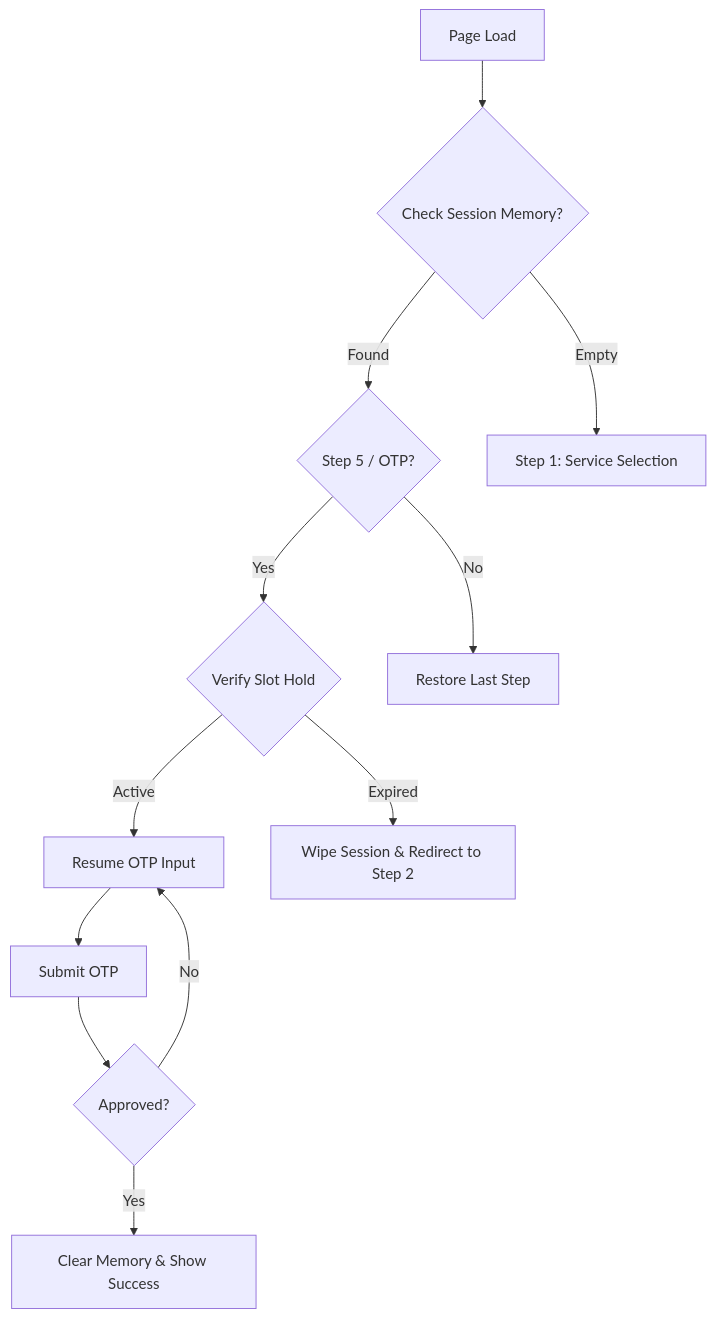
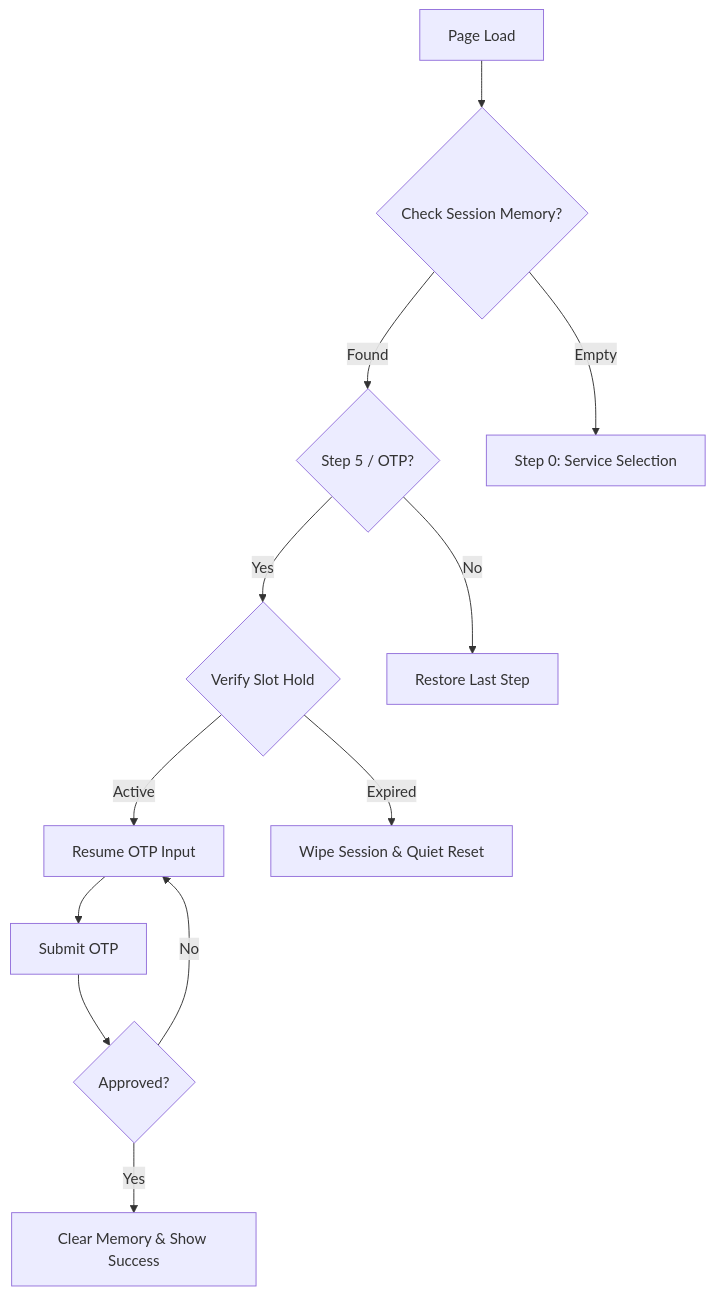
Before and after one commit to ChrstprJohn/SamsonDentalCenter: the diagram in TODO/POLISH_TASKS/USER-OTP-IMPROVEMENT.md, drawn with Mermaid. The commit also changed other lines of this file and 5 other files, not shown here.

````diff
--- a/TODO/POLISH_TASKS/USER-OTP-IMPROVEMENT.md
+++ b/TODO/POLISH_TASKS/USER-OTP-IMPROVEMENT.md
@@ -20,17 +18,17 @@
 ```mermaid
 graph TD
     A[Page Load] --> B{Check Session Memory?}
     B -- Found --> C{Step 5 / OTP?}
-    B -- Empty --> D[Step 1: Service Selection]
+    B -- Empty --> D[Step 0: Service Selection]
 
     C -- Yes --> E{Verify Slot Hold}
     C -- No --> F[Restore Last Step]
 
     E -- Active --> G[Resume OTP Input]
-    E -- Expired --> H[Wipe Session & Redirect to Step 2]
+    E -- Expired --> H[Wipe Session & Quiet Reset]
 
     G --> I[Submit OTP]
     I --> J{Approved?}
     J -- Yes --> K[Clear Memory & Show Success]
     J -- No --> G
 ```
````
